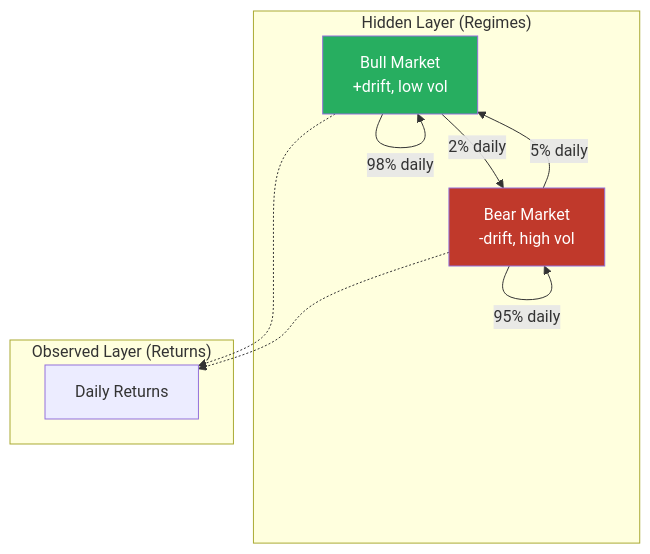
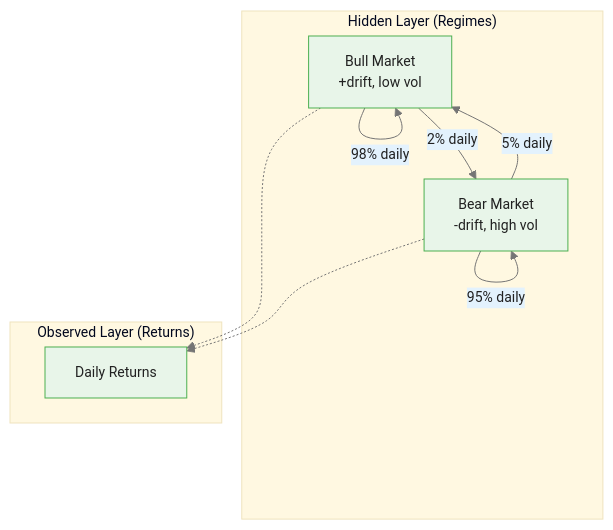
Before and after one commit to m-deane/course-creator: the second of 4 diagrams in courses/bayesian-commodity-forecasting/modules/module_07_regime_switching/guides/01_hmm_fundamentals_slides.md, drawn with Mermaid. The commit also changed other lines of this file and 104 other files, not shown here.

````diff
--- a/courses/bayesian-commodity-forecasting/modules/module_07_regime_switching/guides/01_hmm_fundamentals_slides.md
+++ b/courses/bayesian-commodity-forecasting/modules/module_07_regime_switching/guides/01_hmm_fundamentals_slides.md
@@ -82,16 +95,15 @@
 ```mermaid
+%%{init: {"theme": "base", "themeVariables": {"primaryColor": "#e8f5e9", "primaryBorderColor": "#4caf50", "primaryTextColor": "#212121", "secondaryColor": "#e3f2fd", "tertiaryColor": "#fff8e1", "lineColor": "#757575", "fontFamily": "Inter, sans-serif", "fontSize": "14px"}}}%%
 flowchart TD
     subgraph Hidden["Hidden Layer (Regimes)"]
         BULL["Bull Market\n+drift, low vol"] -->|"2% daily"| BEAR["Bear Market\n-drift, high vol"]
         BEAR -->|"5% daily"| BULL
         BULL -->|"98% daily"| BULL
         BEAR -->|"95% daily"| BEAR
     end
     subgraph Observed["Observed Layer (Returns)"]
         R1["Daily Returns"]
     end
     BULL -.-> R1
     BEAR -.-> R1
-    style BULL fill:#27ae60,color:#fff
-    style BEAR fill:#c0392b,color:#fff
 ```
````
